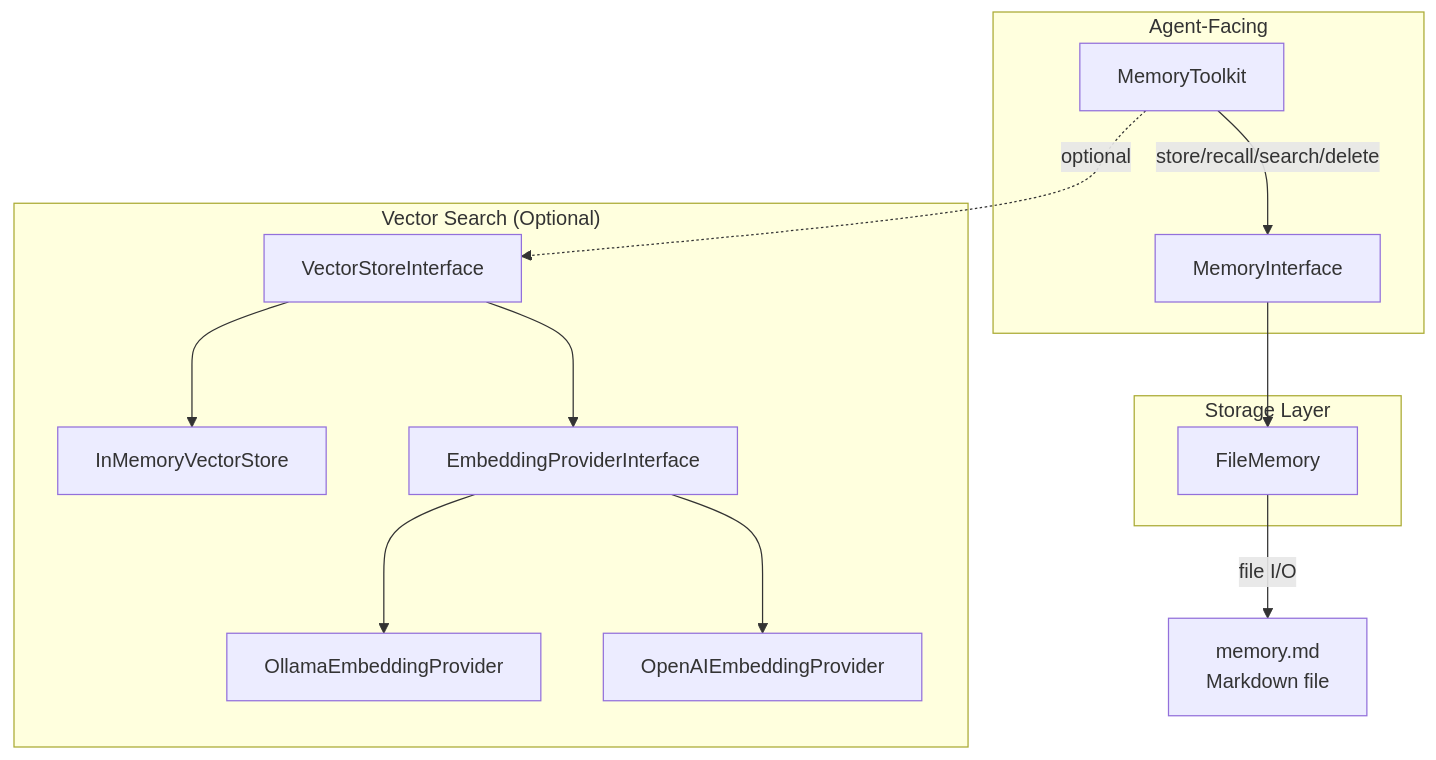
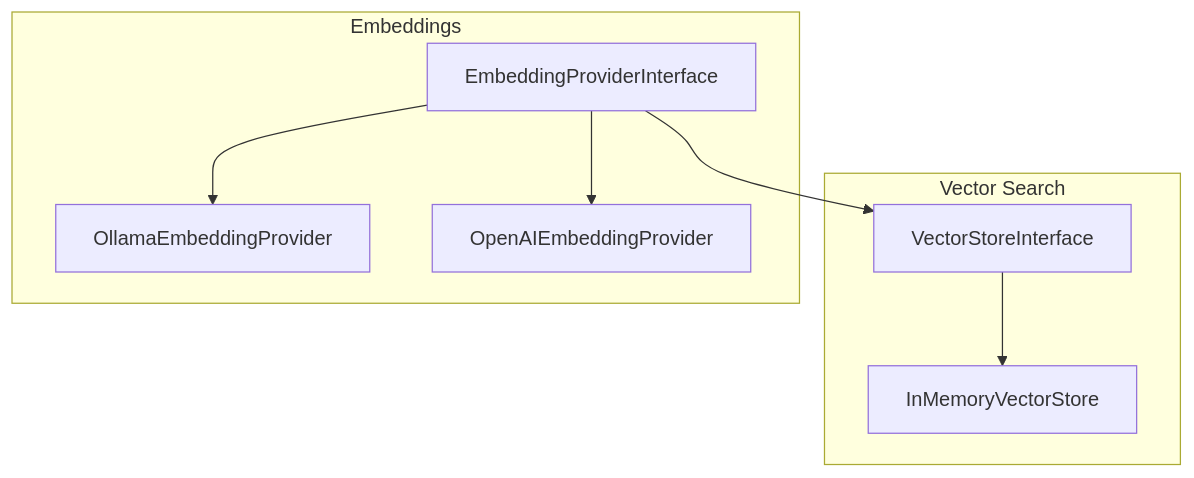
One commit to carmelosantana/php-agents changed the diagram in docs/MEMORY.md. Above: the diagram before and after it, drawn with Mermaid. The commit also changed other lines of this file and 16 other files, not shown here.

````diff
--- a/docs/MEMORY.md
+++ b/docs/MEMORY.md
@@ -9,29 +7,18 @@
 ```mermaid
 graph TB
-    subgraph "Agent-Facing"
-        MTK[MemoryToolkit]
-        MTK -->|store/recall/search/delete| MI
-    end
-
-    subgraph "Storage Layer"
-        MI[MemoryInterface]
-        FM[FileMemory]
-        MI --> FM
-    end
-
-    subgraph "Vector Search (Optional)"
+    subgraph "Vector Search"
         VSI[VectorStoreInterface]
         IMVS[InMemoryVectorStore]
         VSI --> IMVS
+    end
 
+    subgraph "Embeddings"
         EPI[EmbeddingProviderInterface]
         OEP[OllamaEmbeddingProvider]
         OAEP[OpenAIEmbeddingProvider]
         EPI --> OEP
         EPI --> OAEP
     end
 
-    FM -->|file I/O| MD[memory.md<br/>Markdown file]
-    MTK -.->|optional| VSI
-    VSI --> EPI
+    EPI --> VSI
 ```
````
